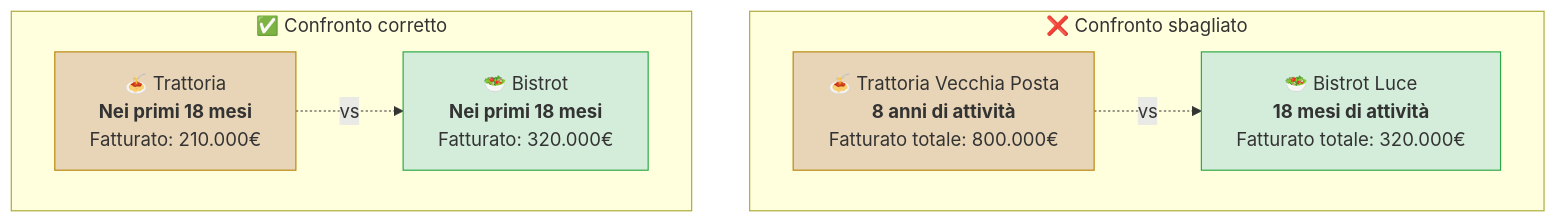
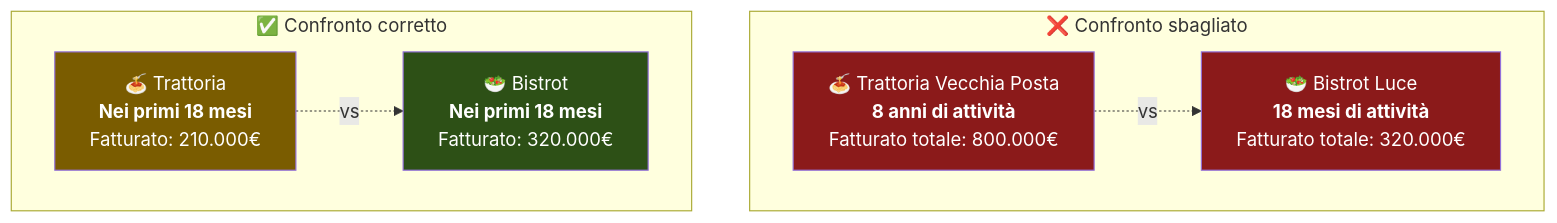
Before and after one commit to AndreyBertasini/gynnitech: the fourth of 12 diagrams in src/content/corso/analisi-prodotto/analisi-coorte.mdx, drawn with Mermaid. The commit also changed other lines of this file and 21 other files, not shown here.

First line of the commit message:
style: applica color scheme semantico a tutti i diagrammi Mermaid del corso

````diff
--- a/src/content/corso/analisi-prodotto/analisi-coorte.mdx
+++ b/src/content/corso/analisi-prodotto/analisi-coorte.mdx
@@ -100,13 +107,13 @@
 ```mermaid
 graph TD
     subgraph "❌ Confronto sbagliato"
         A1["🍝 Trattoria Vecchia Posta<br/><b>8 anni di attività</b><br/>Fatturato totale: 800.000€"] -.->|"vs"| A2["🥗 Bistrot Luce<br/><b>18 mesi di attività</b><br/>Fatturato totale: 320.000€"]
     end
     subgraph "✅ Confronto corretto"
         B1["🍝 Trattoria<br/><b>Nei primi 18 mesi</b><br/>Fatturato: 210.000€"] -.->|"vs"| B2["🥗 Bistrot<br/><b>Nei primi 18 mesi</b><br/>Fatturato: 320.000€"]
     end
-    style A1 fill:#e8d5b7,stroke:#b8860b,color:#333
-    style A2 fill:#d4edda,stroke:#28a745,color:#333
-    style B1 fill:#e8d5b7,stroke:#b8860b,color:#333
-    style B2 fill:#d4edda,stroke:#28a745,color:#333
+    style A1 fill:#8b1a1a,color:#ffffff
+    style A2 fill:#8b1a1a,color:#ffffff
+    style B1 fill:#7a5c00,color:#ffffff
+    style B2 fill:#2d5016,color:#ffffff
 ```
````
